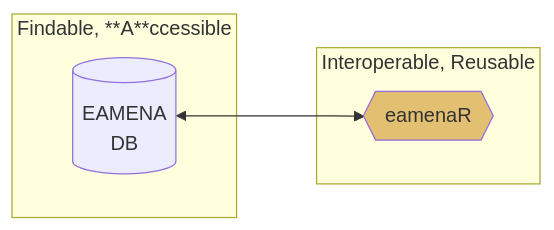
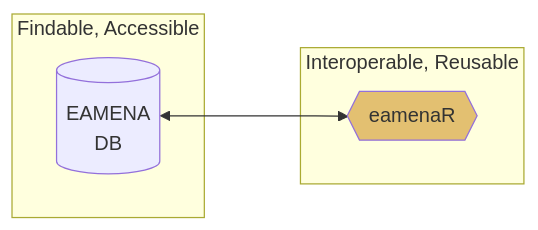
Before and after one commit to eamena-project/eamenaR: the second of 5 diagrams in README.md, drawn with Mermaid. The commit also changed 1 other file, not shown here.

````diff
--- a/README.md
+++ b/README.md
@@ -26,11 +26,11 @@
 ```mermaid
 flowchart LR
-    subgraph ide1 [Findable, **A**ccessible]
+    subgraph ide1 [Findable, Accessible]
     A[(EAMENA<br>DB)];
     end
     A[(EAMENA<br>DB)] <---> B{{"eamenaR"}}:::eamenaRpkg;
     subgraph ide2 ["Interoperable, Reusable"]
     B;
     end
     classDef eamenaRpkg fill:#e3c071;
 ```
````
